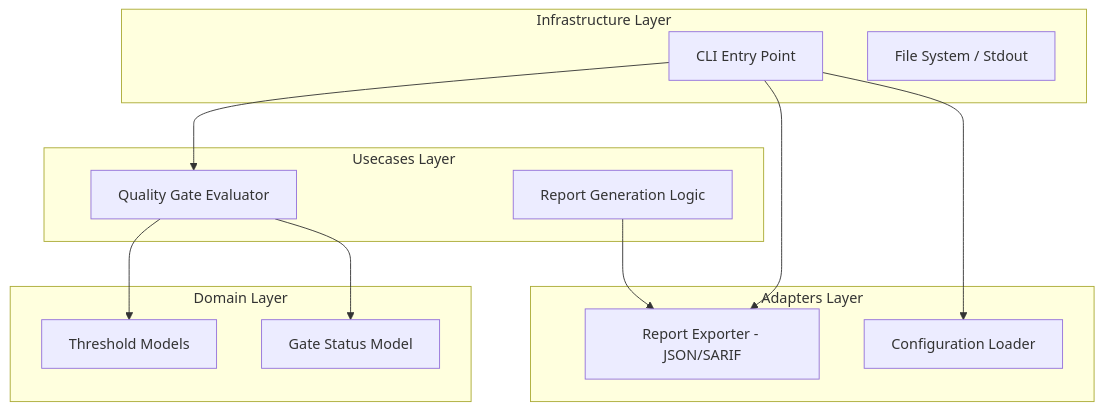
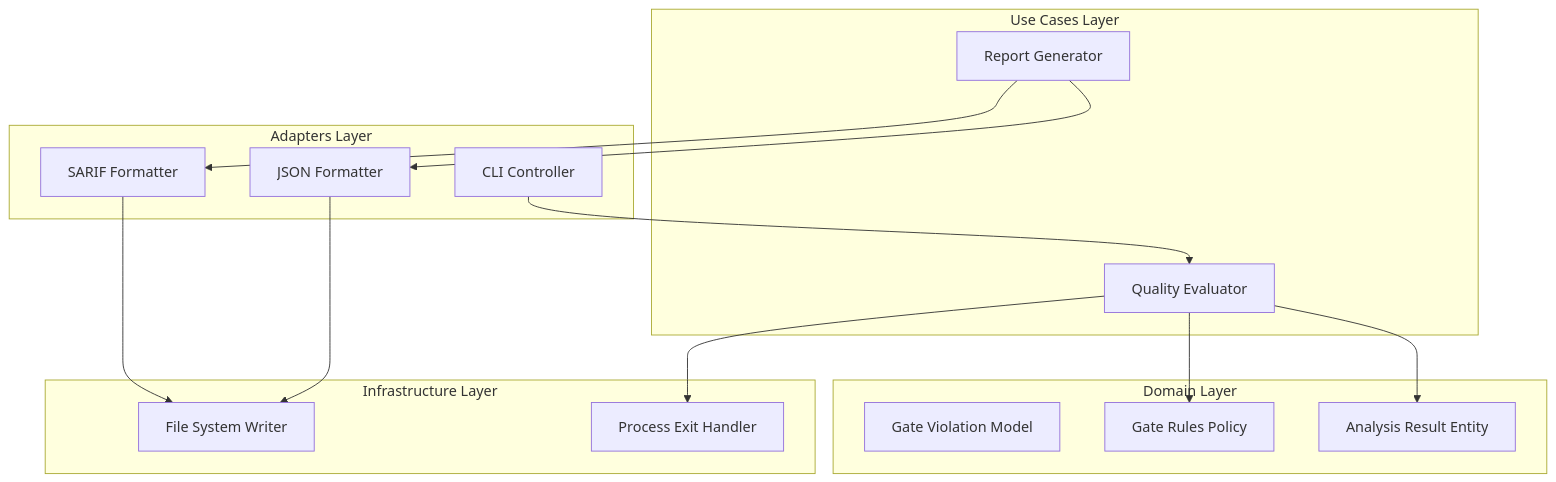
Before and after one commit to davidlapsleyio/shipkode-python-linting-cli-utility: the diagram in specs/F5-automated-quality-gate-logic-fbbefc91/design.md, drawn with Mermaid. The commit also changed other lines of this file and 20 other files, not shown here.

````diff
--- a/specs/F5-automated-quality-gate-logic-fbbefc91/design.md
+++ b/specs/F5-automated-quality-gate-logic-fbbefc91/design.md
@@ -23,30 +23,33 @@
 ```mermaid
 graph TD
-    subgraph infrastructure [Infrastructure Layer]
-        CLI[CLI Entry Point]
-        IO[File System / Stdout]
+    subgraph UseCases [Use Cases Layer]
+        QE[Quality Evaluator]
+        RG[Report Generator]
     end
 
-    subgraph adapters [Adapters Layer]
-        ReportExporter[Report Exporter - JSON/SARIF]
-        ConfigLoader[Configuration Loader]
+    subgraph Domain [Domain Layer]
+        GV[Gate Violation Model]
+        GR[Gate Rules Policy]
+        AS[Analysis Result Entity]
     end
 
-    subgraph usecases [Usecases Layer]
-        GateEvaluator[Quality Gate Evaluator]
-        ReportGenerator[Report Generation Logic]
+    subgraph Adapters [Adapters Layer]
+        CLI[CLI Controller]
+        SARIF[SARIF Formatter]
+        JSONF[JSON Formatter]
     end
 
-    subgraph domain [Domain Layer]
-        Thresholds[Threshold Models]
-        GateResult[Gate Status Model]
+    subgraph Infrastructure [Infrastructure Layer]
+        FS[File System Writer]
+        SYSEXIT[Process Exit Handler]
     end
 
-    CLI --> ConfigLoader
-    CLI --> GateEvaluator
-    GateEvaluator --> Thresholds
-    GateEvaluator --> GateResult
-    ReportGenerator --> ReportExporter
-    CLI --> ReportExporter
-
+    CLI --> QE
+    QE --> GR
+    QE --> AS
+    RG --> SARIF
+    RG --> JSONF
+    SARIF --> FS
+    JSONF --> FS
+    QE --> SYSEXIT
 ```
````
